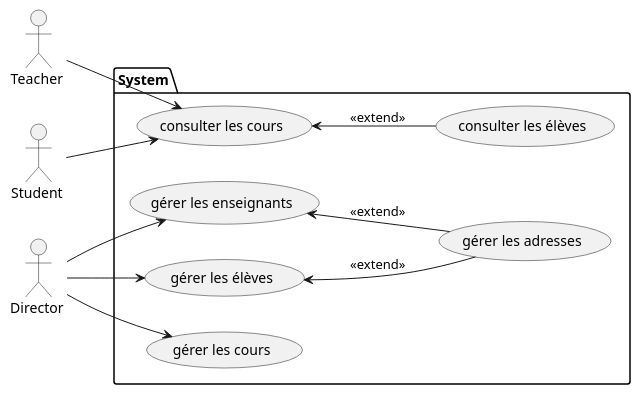
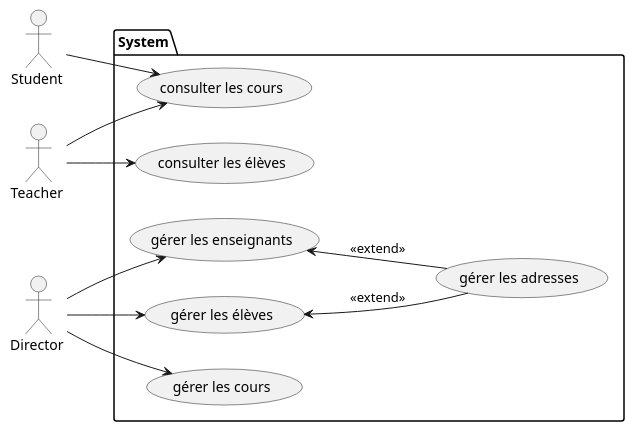
Before and after one commit to john7440/GestionEcole---Groupe: the diagram in doc/DiagramUseCase.puml, drawn with PlantUML.

Commit message:
fix diagram useCase

```diff
--- a/doc/DiagramUseCase.puml
+++ b/doc/DiagramUseCase.puml
@@ -1,21 +1,23 @@
 @startuml
-'https://plantuml.com/use-case-diagram
 left to right direction
 
 :Teacher : as Teacher
 :Student : as Student
 :Director : as Director
 
 package System{
 
 :Director: --> (gérer les enseignants)
 :Director: --> (gérer les élèves)
 :Director: --> (gérer les cours)
+
 (gérer les enseignants) <-- (gérer les adresses) : <<extend>>
 (gérer les élèves) <-- (gérer les adresses) : <<extend>>
-(consulter les cours) <-- (consulter les élèves) : <<extend>>
+
 :Teacher: --> (consulter les cours)
+:Teacher: --> (consulter les élèves)
+
 :Student: --> (consulter les cours)
 
 }
 @enduml
```
